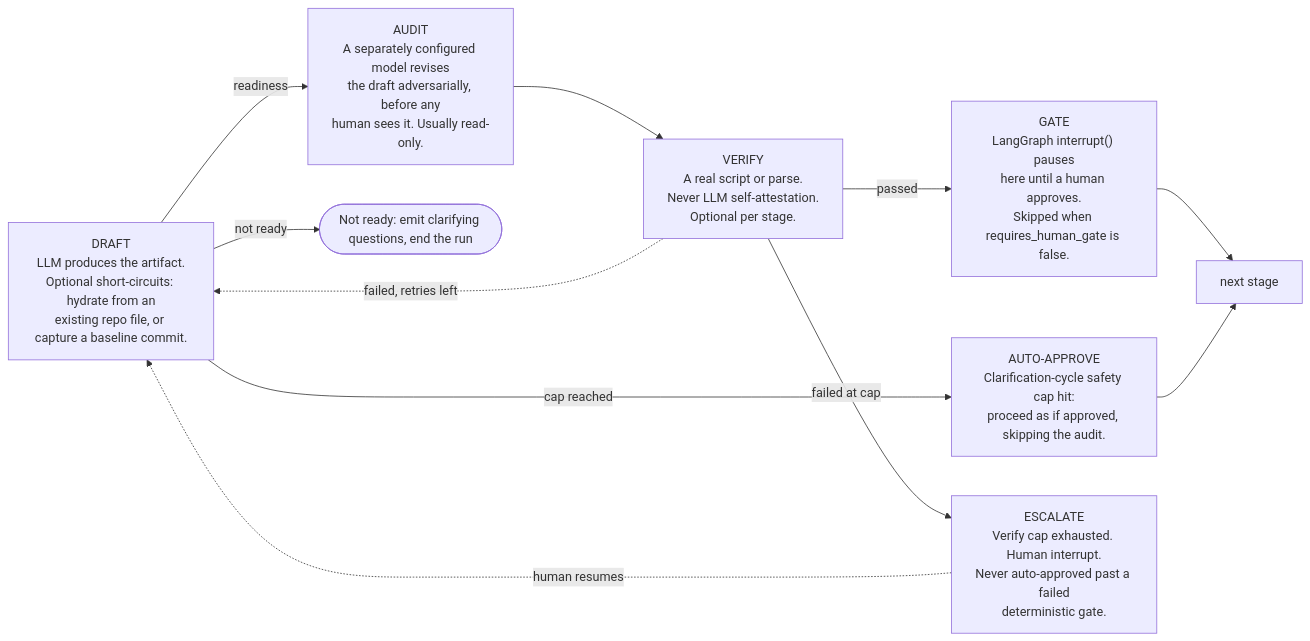
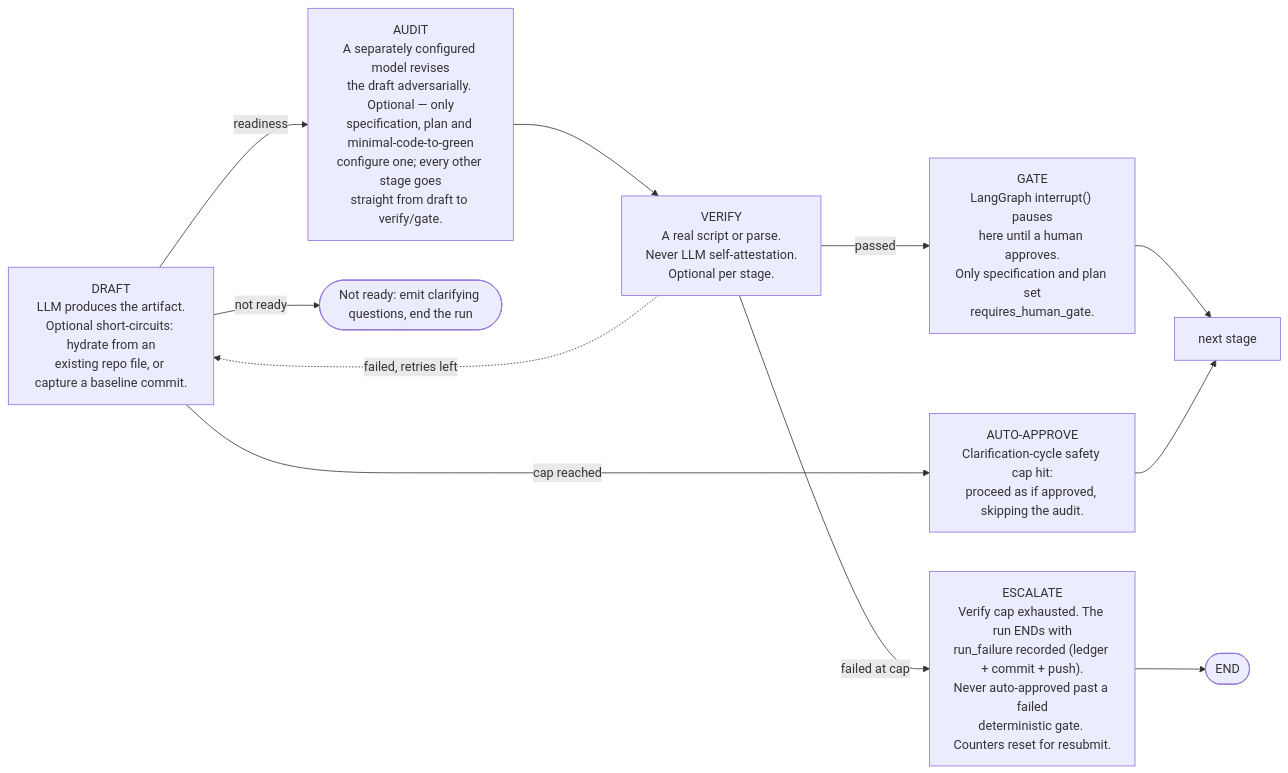
One commit to bancroftway/ai-dev-workflow changed the second of 2 diagrams in README.md. Above: the diagram before and after it, drawn with Mermaid. The commit also changed other lines of this file and 54 other files, not shown here.

First line of the commit message:
feat: enhance MetricsBar to display run failure details and update workflow types

````diff
--- a/README.md
+++ b/README.md
@@ -172,21 +186,21 @@
 ```mermaid
 flowchart LR
     d["DRAFT<br/>LLM produces the artifact.<br/>Optional short-circuits: hydrate from an<br/>existing repo file, or capture a baseline commit."]
-    a["AUDIT<br/>A separately configured model revises<br/>the draft adversarially, before any<br/>human sees it. Usually read-only."]
+    a["AUDIT<br/>A separately configured model revises<br/>the draft adversarially. Optional — only<br/>specification, plan and minimal-code-to-green<br/>configure one; every other stage goes<br/>straight from draft to verify/gate."]
     v["VERIFY<br/>A real script or parse.<br/>Never LLM self-attestation.<br/>Optional per stage."]
-    g["GATE<br/>LangGraph interrupt() pauses<br/>here until a human approves.<br/>Skipped when requires_human_gate is false."]
+    g["GATE<br/>LangGraph interrupt() pauses<br/>here until a human approves.<br/>Only specification and plan set<br/>requires_human_gate."]
     aa["AUTO-APPROVE<br/>Clarification-cycle safety cap hit:<br/>proceed as if approved, skipping the audit."]
-    e["ESCALATE<br/>Verify cap exhausted. Human interrupt.<br/>Never auto-approved past a failed<br/>deterministic gate."]
+    e["ESCALATE<br/>Verify cap exhausted. The run ENDs with<br/>run_failure recorded (ledger + commit + push).<br/>Never auto-approved past a failed<br/>deterministic gate. Counters reset for resubmit."]
     q(["Not ready: emit clarifying questions, end the run"])
 
     d -->|readiness| a
     d -->|cap reached| aa
     d -->|not ready| q
     a --> v
     v -->|passed| g
     v -.->|failed, retries left| d
     v -->|failed at cap| e
-    e -.->|human resumes| d
+    e --> theend(["END"])
     g --> next["next stage"]
     aa --> next
 ```
````
